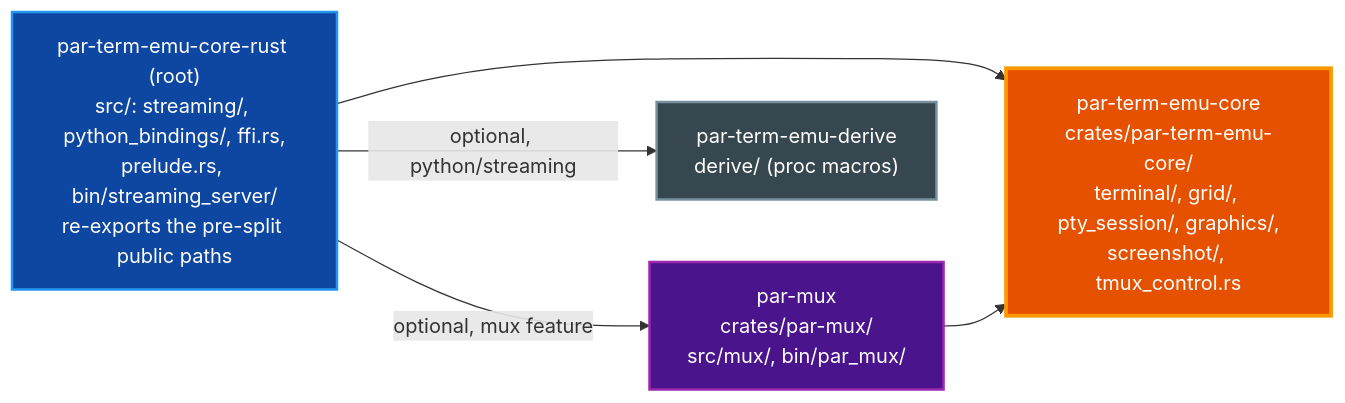
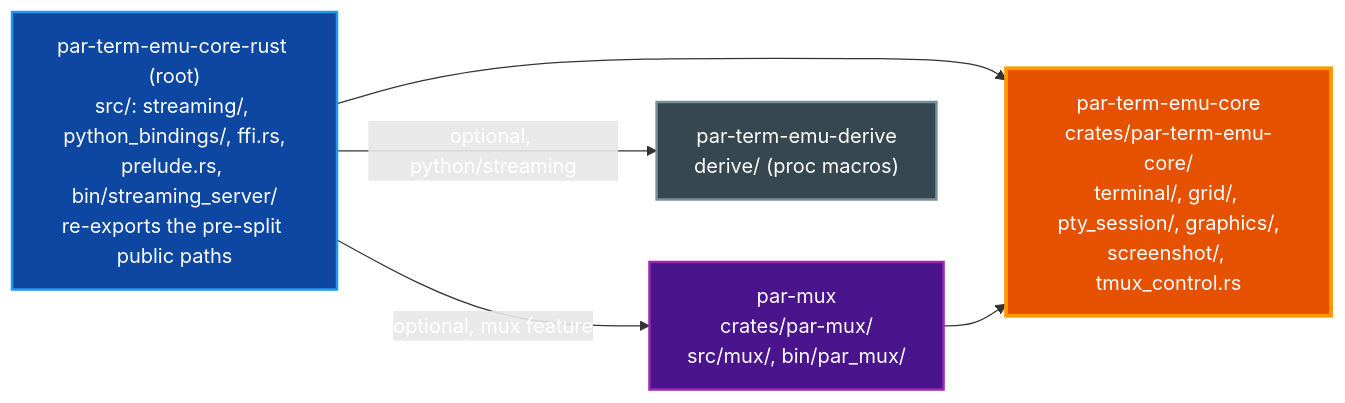
One commit to paulrobello/par-term-emu-core-rust changed the first of 7 diagrams in docs/ARCHITECTURE.md. Above: the diagram before and after it, drawn with Mermaid. The commit also changed other lines of this file, not shown here.

First line of the commit message:
docs(arch): re-verify ARCHITECTURE.md against v0.58.1 (DOC-001)

````diff
--- a/docs/ARCHITECTURE.md
+++ b/docs/ARCHITECTURE.md
@@ -50,17 +50,21 @@
 ```mermaid
 graph LR
     Root["par-term-emu-core-rust (root)<br/>src/: streaming/, python_bindings/, ffi.rs,<br/>prelude.rs, bin/streaming_server/<br/>re-exports the pre-split public paths"]
     Mux["par-mux<br/>crates/par-mux/<br/>src/mux/, bin/par_mux/"]
     Core["par-term-emu-core<br/>crates/par-term-emu-core/<br/>terminal/, grid/, pty_session/, graphics/,<br/>screenshot/, tmux_control.rs"]
     Derive["par-term-emu-derive<br/>derive/ (proc macros)"]
 
     Root --> Core
     Root -->|"optional, mux feature"| Mux
     Mux --> Core
     Root -->|"optional, python/streaming"| Derive
 
-    style Root fill:#0d47a1,stroke:#2196f3,stroke-width:2px,color:#ffffff
-    style Mux fill:#4a148c,stroke:#9c27b0,stroke-width:2px,color:#ffffff
-    style Core fill:#e65100,stroke:#ff9800,stroke-width:3px,color:#ffffff
-    style Derive fill:#37474f,stroke:#78909c,stroke-width:2px,color:#ffffff
+    classDef root fill:#0d47a1,stroke:#2196f3,stroke-width:2px,color:#ffffff
+    classDef mux fill:#4a148c,stroke:#9c27b0,stroke-width:2px,color:#ffffff
+    classDef core fill:#e65100,stroke:#ff9800,stroke-width:3px,color:#ffffff
+    classDef neutral fill:#37474f,stroke:#78909c,stroke-width:2px,color:#ffffff
+    class Root root
+    class Mux mux
+    class Core core
+    class Derive neutral
 ```
````
